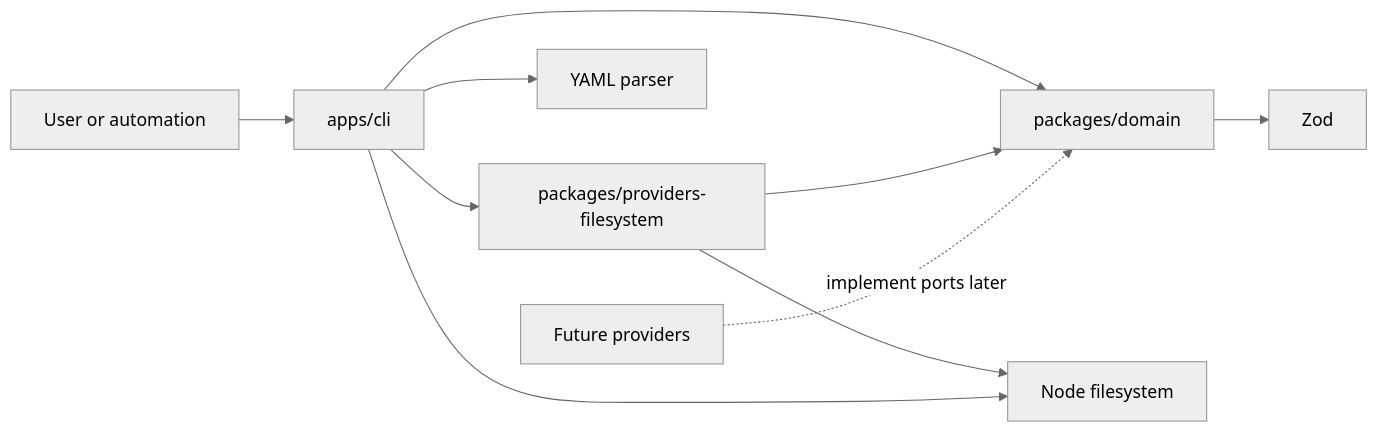
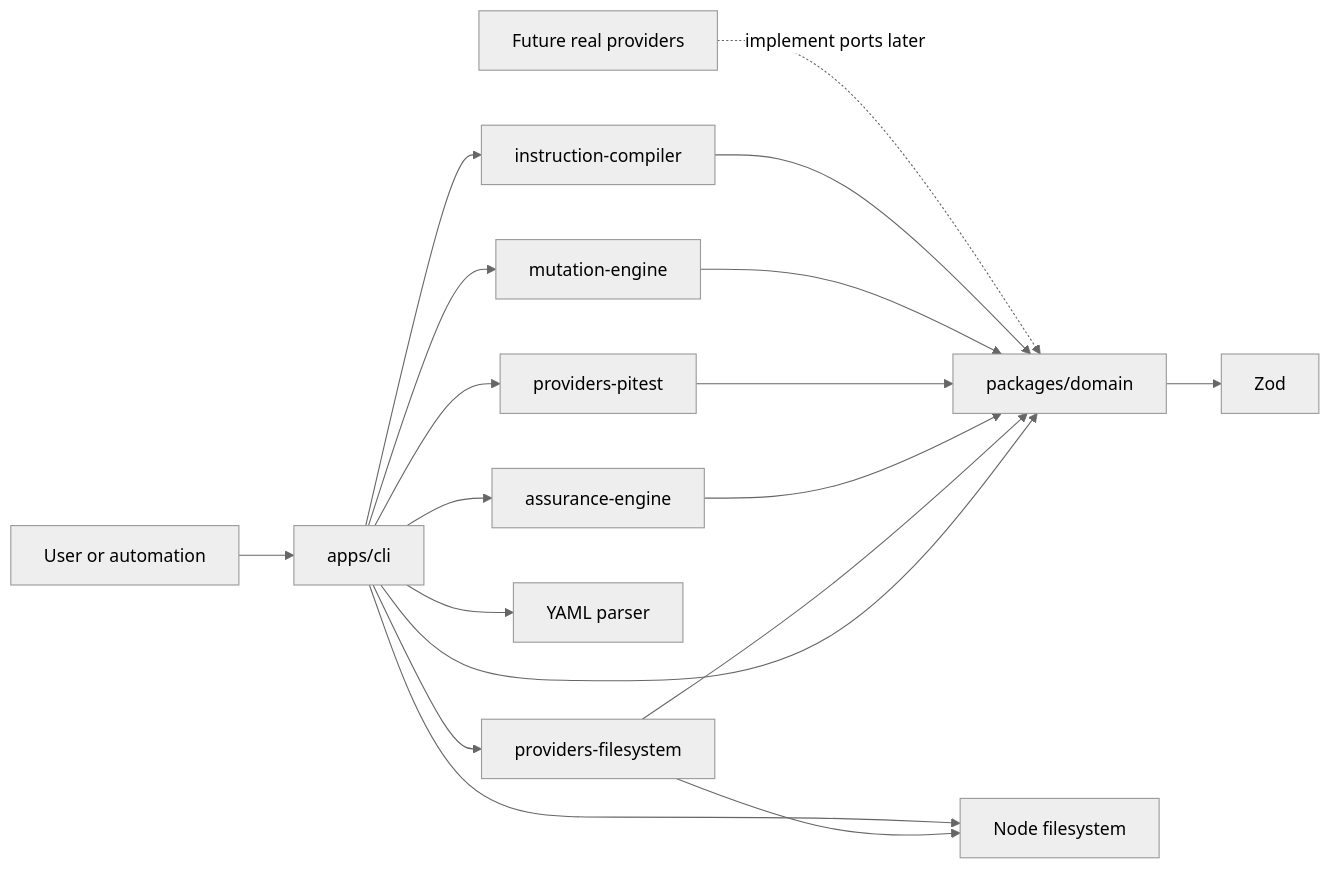
Before and after one commit to Guldred/CraftCompass: the diagram in docs/architecture/architecture.md, drawn with Mermaid (neutral theme). The commit also changed other lines of this file and 15 other files, not shown here.

````diff
--- a/docs/architecture/architecture.md
+++ b/docs/architecture/architecture.md
@@ -25,21 +31,33 @@
 ```mermaid
 flowchart LR
     USER["User or automation"]
     CLI["apps/cli"]
     DOMAIN["packages/domain"]
-    REPO["packages/providers-filesystem"]
+    REPO["providers-filesystem"]
+    ASSURE["assurance-engine"]
+    PIT["providers-pitest"]
+    MUTATION["mutation-engine"]
+    INSTRUCTIONS["instruction-compiler"]
     ZOD["Zod"]
     YAML["YAML parser"]
     FS["Node filesystem"]
-    FUTURE["Future providers"]
+    FUTURE["Future real providers"]
 
     USER --> CLI
     CLI --> DOMAIN
     CLI --> REPO
+    CLI --> ASSURE
+    CLI --> PIT
+    CLI --> MUTATION
+    CLI --> INSTRUCTIONS
     REPO --> DOMAIN
+    ASSURE --> DOMAIN
+    PIT --> DOMAIN
+    MUTATION --> DOMAIN
+    INSTRUCTIONS --> DOMAIN
     REPO --> FS
     CLI --> YAML
     CLI --> FS
     DOMAIN --> ZOD
     FUTURE -. "implement ports later" .-> DOMAIN
 ```
````
